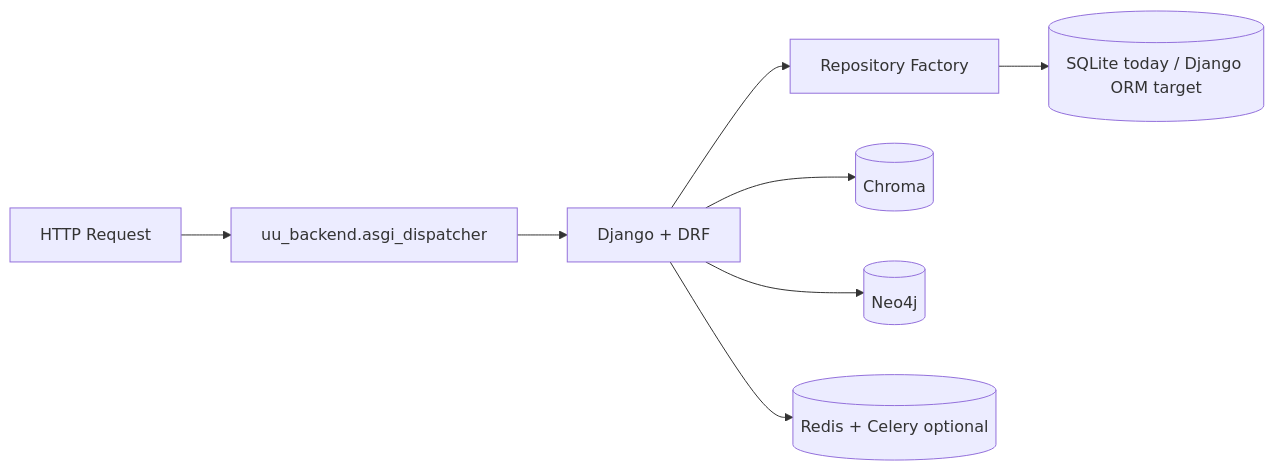
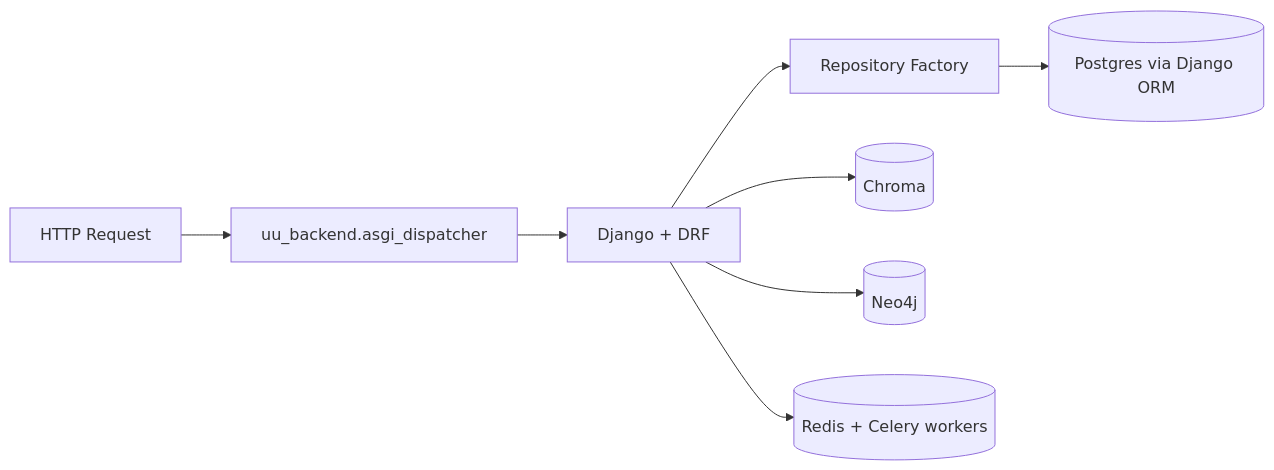
One commit to Matthew-Booth-Py/data-labeller changed the diagram in backend/README.md. Above: the diagram before and after it, drawn with Mermaid. The commit also changed other lines of this file and 10 other files, not shown here.

````diff
--- a/backend/README.md
+++ b/backend/README.md
@@ -7,10 +7,10 @@
 ```mermaid
 flowchart LR
     REQ[HTTP Request] --> DISP[uu_backend.asgi_dispatcher]
     DISP --> DJ[Django + DRF]
     DJ --> REPO[Repository Factory]
-    REPO --> SQL[(SQLite today / Django ORM target)]
+    REPO --> SQL[(Postgres via Django ORM)]
     DJ --> CH[(Chroma)]
     DJ --> NEO[(Neo4j)]
-    DJ --> RQ[(Redis + Celery optional)]
+    DJ --> RQ[(Redis + Celery workers)]
 ```
````
